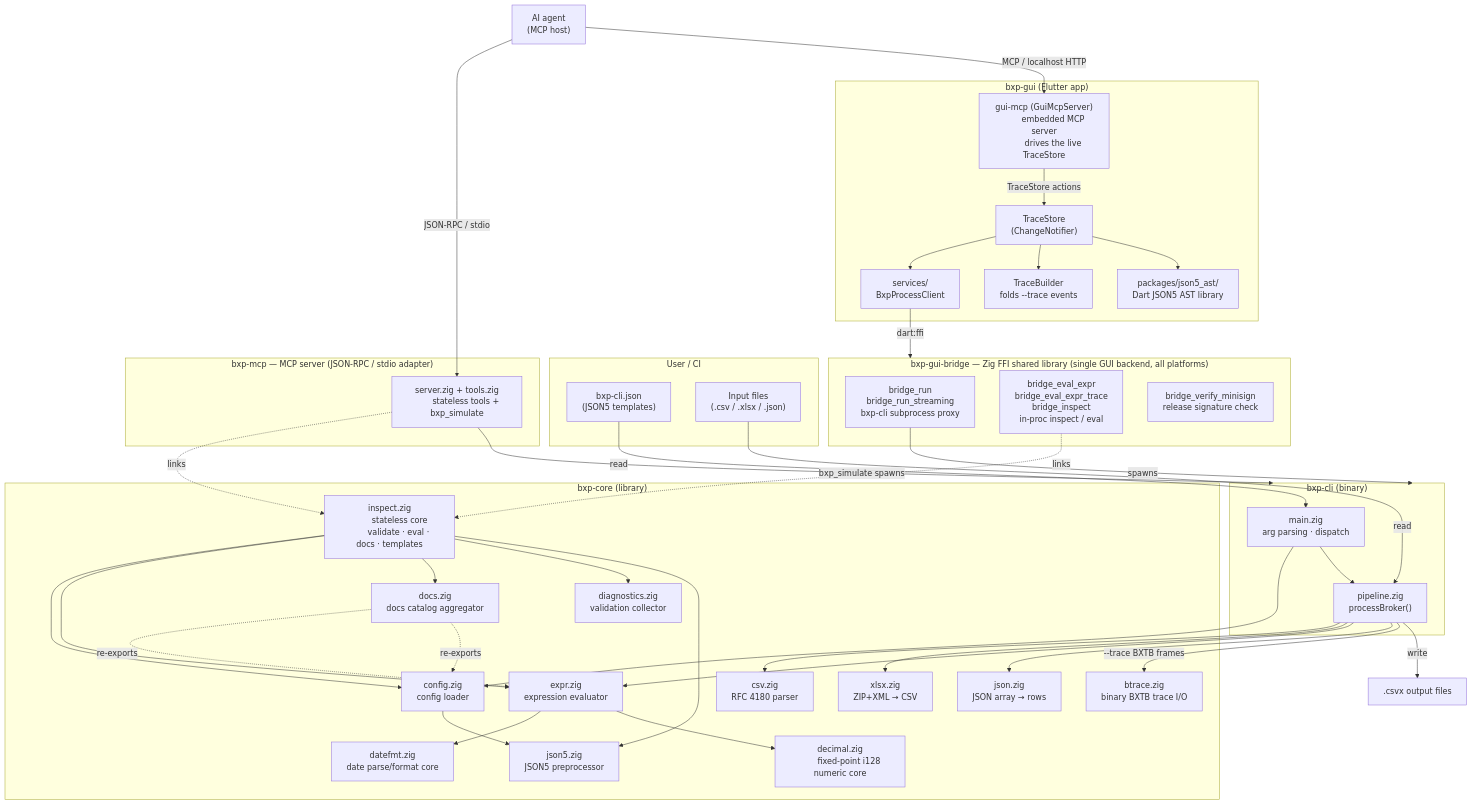
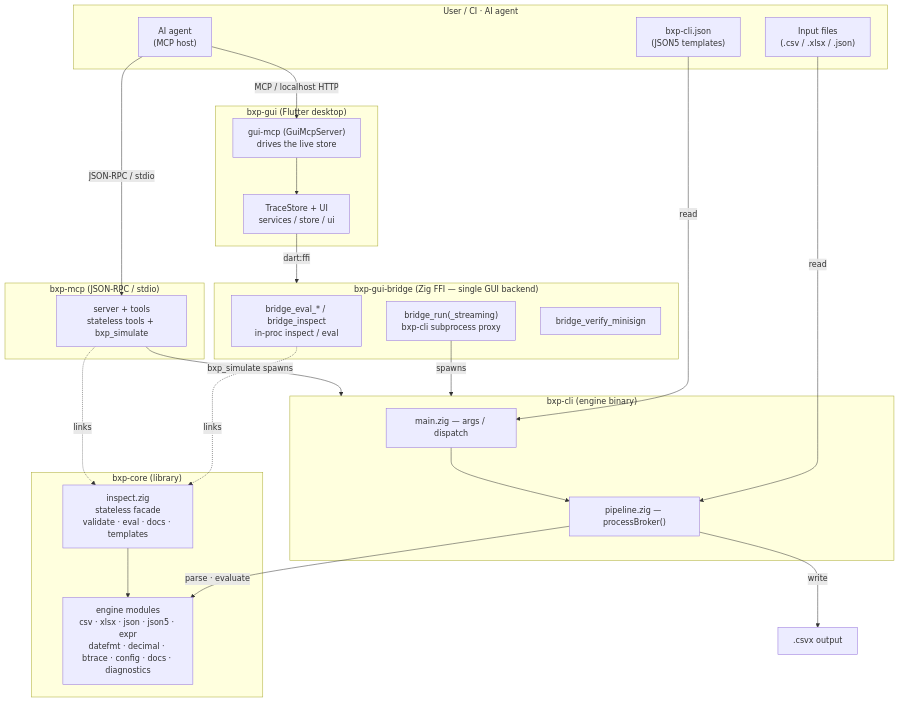
Before and after one commit to zaxified/bxp: the first of 17 diagrams in docs/architecture.md, drawn with Mermaid. The commit also changed other lines of this file and 7 other files, not shown here.

First line of the commit message:
docs: complete CLI flag / ENV coverage + flatten architecture bird's-eye

````diff
--- a/docs/architecture.md
+++ b/docs/architecture.md
@@ -33,108 +37,53 @@
 ```mermaid
 graph TD
-    subgraph User["User / CI"]
-        CFG["bxp-cli.json
-        (JSON5 templates)"]
-        DATA["Input files
-        (.csv / .xlsx / .json)"]
+    subgraph Actors["User / CI · AI agent"]
+        CFG["bxp-cli.json<br/>(JSON5 templates)"]
+        DATA["Input files<br/>(.csv / .xlsx / .json)"]
+        AGENT["AI agent<br/>(MCP host)"]
     end
 
-    subgraph GUI["bxp-gui (Flutter app)"]
-        STORE["TraceStore
-        (ChangeNotifier)"]
-        TB["TraceBuilder
-        folds --trace events"]
-        SVCS["services/
-        BxpProcessClient"]
-        AST_LIB["packages/json5_ast/
-        Dart JSON5 AST library"]
-        GUIMCP["gui-mcp (GuiMcpServer)
-        embedded MCP server
-        drives the live TraceStore"]
+    subgraph GUI["bxp-gui (Flutter desktop)"]
+        GUIMCP["gui-mcp (GuiMcpServer)<br/>drives the live store"]
+        STORE["TraceStore + UI<br/>services / store / ui"]
     end
 
-    subgraph BRIDGE["bxp-gui-bridge — Zig FFI shared library (single GUI backend, all platforms)"]
-        BRUN["bridge_run<br/>bridge_run_streaming<br/>bxp-cli subprocess proxy"]
-        BEVAL["bridge_eval_expr<br/>bridge_eval_expr_trace<br/>bridge_inspect<br/>in-proc inspect / eval"]
-        BSIG["bridge_verify_minisign<br/>release signature check"]
+    subgraph MCP["bxp-mcp (JSON-RPC / stdio)"]
+        MCPSRV["server + tools<br/>stateless tools + bxp_simulate"]
     end
 
-    subgraph CLI["bxp-cli (binary)"]
-        MAIN["main.zig
-        arg parsing · dispatch"]
-        PIPE["pipeline.zig
-        processBroker()"]
+    subgraph BRIDGE["bxp-gui-bridge (Zig FFI — single GUI backend)"]
+        BEVAL["bridge_eval_* / bridge_inspect<br/>in-proc inspect / eval"]
+        BRUN["bridge_run(_streaming)<br/>bxp-cli subprocess proxy"]
+        BSIG["bridge_verify_minisign"]
     end
 
-    AGENT["AI agent
-    (MCP host)"]
-
-    subgraph MCP["bxp-mcp — MCP server (JSON-RPC / stdio adapter)"]
-        MCPSRV["server.zig + tools.zig
-        stateless tools + bxp_simulate"]
+    subgraph CLI["bxp-cli (engine binary)"]
+        MAIN["main.zig — args / dispatch"]
+        PIPE["pipeline.zig — processBroker()"]
     end
 
     subgraph Core["bxp-core (library)"]
-        INSPECT["inspect.zig
-        stateless core
-        validate · eval · docs · templates"]
-        CSV["csv.zig
-        RFC 4180 parser"]
-        XLSX["xlsx.zig
-        ZIP+XML → CSV"]
-        EXPR["expr.zig
-        expression evaluator"]
-        DATEFMT["datefmt.zig
-        date parse/format core"]
-        DECIMAL["decimal.zig
-        fixed-point i128 numeric core"]
-        BTRACE["btrace.zig
-        binary BXTB trace I/O"]
-        CFG2["config.zig
-        config loader"]
-        JSON["json.zig
-        JSON array → rows"]
-        JSON5["json5.zig
-        JSON5 preprocessor"]
-        DOCS["docs.zig
-        docs catalog aggregator"]
-        DIAG["diagnostics.zig
-        validation collector"]
+        INSPECT["inspect.zig<br/>stateless facade<br/>validate · eval · docs · templates"]
+        ENGINE["engine modules<br/>csv · xlsx · json · json5 · expr<br/>datefmt · decimal · btrace · config · docs · diagnostics"]
     end
 
-    CFG -->|read| MAIN
-    DATA -->|read| PIPE
-    MAIN --> CFG2
-    MAIN --> PIPE
-    PIPE --> CSV
-    PIPE --> XLSX
-    PIPE --> EXPR
-    PIPE --> JSON
-    CFG2 --> JSON5
-    EXPR --> DATEFMT
-    EXPR --> DECIMAL
-    PIPE -->|--trace BXTB frames| BTRACE
-    PIPE -->|write| OUT[".csvx output files"]
-
-    INSPECT --> CFG2
-    INSPECT --> EXPR
-    INSPECT --> DOCS
-    INSPECT --> DIAG
-    INSPECT --> JSON5
-
-    DOCS -.re-exports.-> EXPR
-    DOCS -.re-exports.-> CFG2
-
-    SVCS -->|dart:ffi| BRIDGE
-    BRUN -->|spawns| CLI
-    BEVAL -.links.-> INSPECT
-    STORE --> SVCS
-    STORE --> TB
-    STORE --> AST_LIB
+    OUT[".csvx output"]
 
     AGENT -->|JSON-RPC / stdio| MCPSRV
     AGENT -->|MCP / localhost HTTP| GUIMCP
-    GUIMCP -->|TraceStore actions| STORE
+    CFG -->|read| MAIN
+    DATA -->|read| PIPE
+
+    GUIMCP --> STORE
+    STORE -->|dart:ffi| BRIDGE
+    BEVAL -.links.-> INSPECT
+    BRUN -->|spawns| CLI
+
     MCPSRV -.links.-> INSPECT
     MCPSRV -->|bxp_simulate spawns| CLI
+
+    MAIN --> PIPE
+    PIPE -->|parse · evaluate| ENGINE
+    PIPE -->|write| OUT
+    INSPECT --> ENGINE
 ```
````
